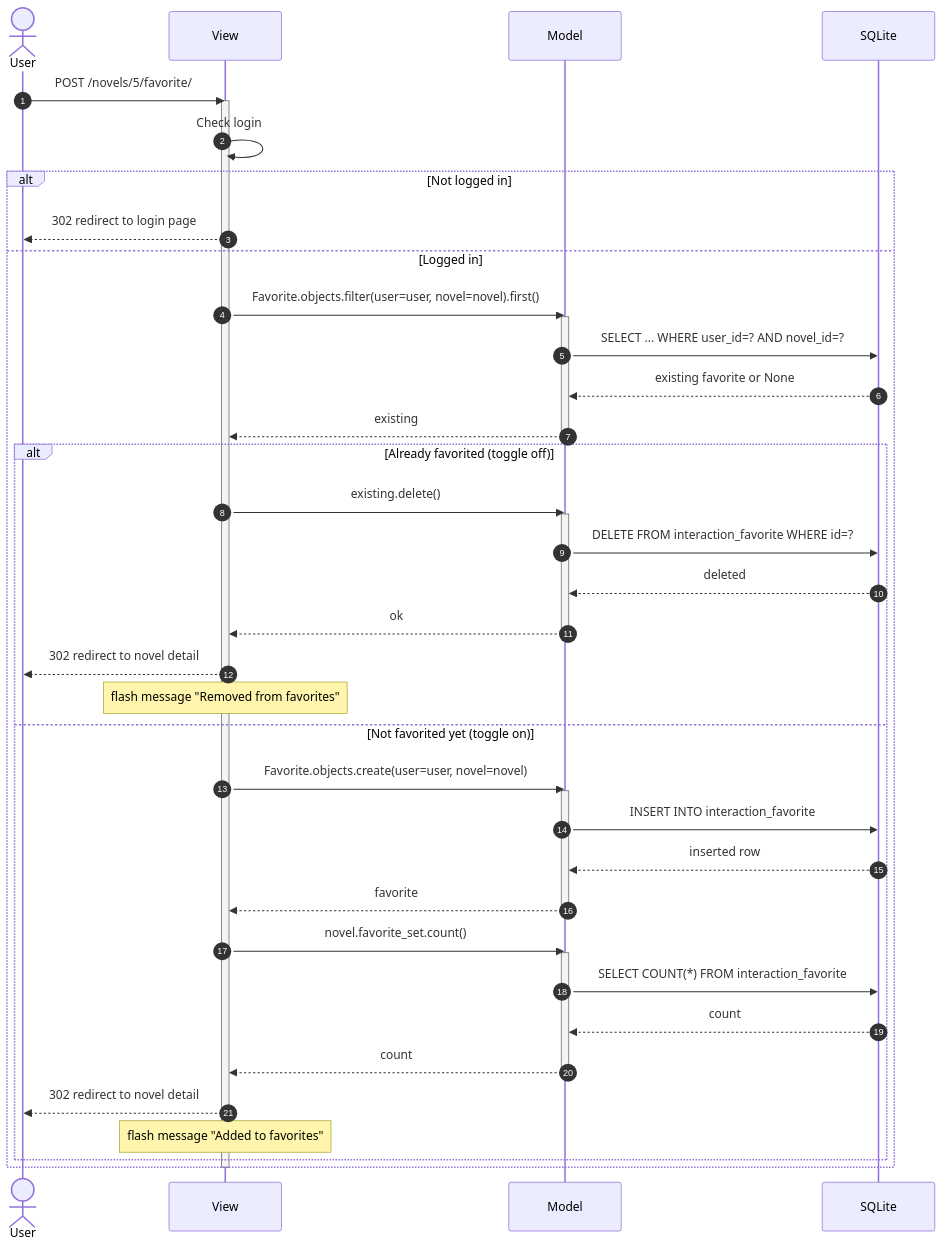
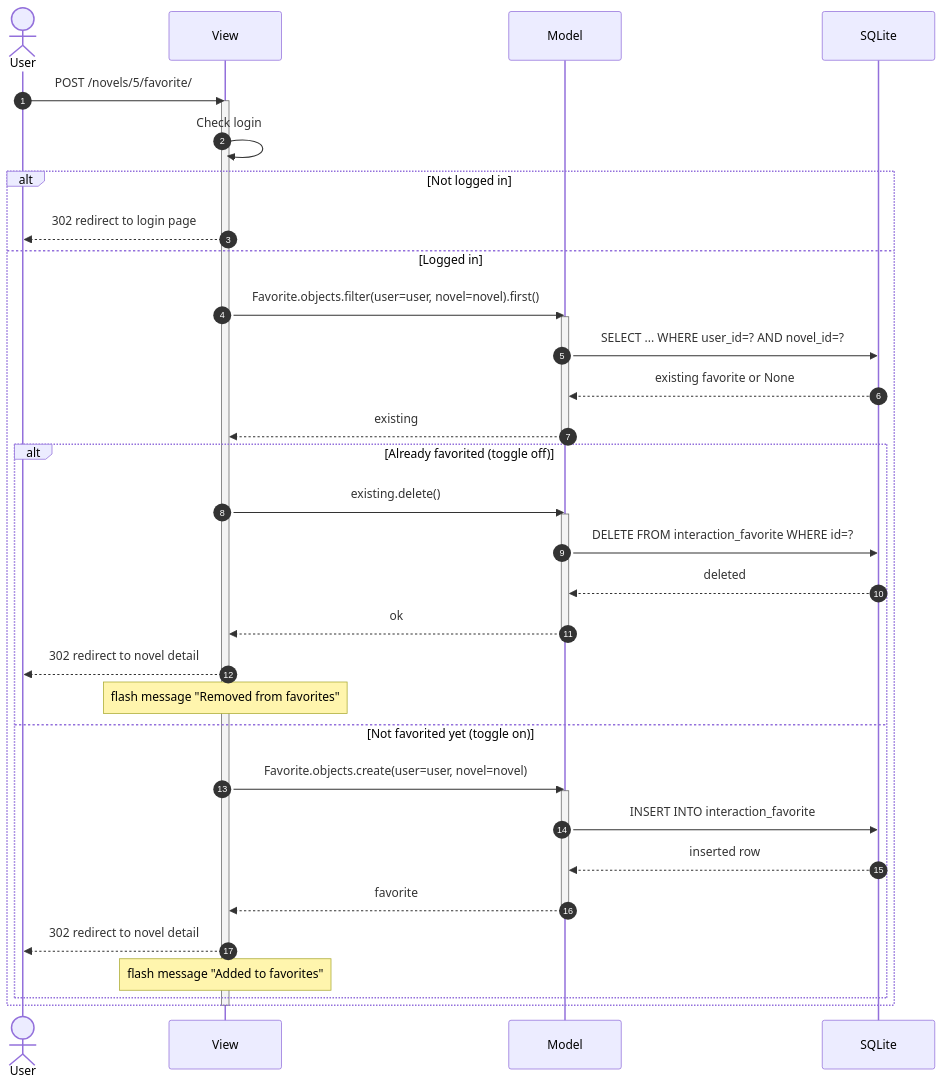
The first of 10 diagrams in docs/diagrams/04-sequence.md (StrikeAtZeroHour/cs3383-web-novel-platform), drawn with Mermaid before and after one commit. The commit also changed other lines of this file and 11 other files, not shown here.

First line of the commit message:
Fix diagram text corruption and align diagrams with code

````diff
--- a/docs/diagrams/04-sequence.md
+++ b/docs/diagrams/04-sequence.md
@@ -69,52 +69,45 @@
 ```mermaid
 sequenceDiagram
     autonumber
     actor User
     participant V as View
     participant M as Model
     participant DB as SQLite
 
     User->>V: POST /novels/5/favorite/
     activate V
     V->>V: Check login
 
     alt Not logged in
         V-->>User: 302 redirect to login page
     else Logged in
         V->>M: Favorite.objects.filter(user=user, novel=novel).first()
         activate M
         M->>DB: SELECT ... WHERE user_id=? AND novel_id=?
         DB-->>M: existing favorite or None
         M-->>V: existing
         deactivate M
 
         alt Already favorited (toggle off)
             V->>M: existing.delete()
             activate M
             M->>DB: DELETE FROM interaction_favorite WHERE id=?
             DB-->>M: deleted
             M-->>V: ok
             deactivate M
             V-->>User: 302 redirect to novel detail
             note over V: flash message "Removed from favorites"
         else Not favorited yet (toggle on)
             V->>M: Favorite.objects.create(user=user, novel=novel)
             activate M
             M->>DB: INSERT INTO interaction_favorite
             DB-->>M: inserted row
             M-->>V: favorite
             deactivate M
 
-            V->>M: novel.favorite_set.count()
-            activate M
-            M->>DB: SELECT COUNT(*) FROM interaction_favorite
-            DB-->>M: count
-            M-->>V: count
-            deactivate M
-
             V-->>User: 302 redirect to novel detail
             note over V: flash message "Added to favorites"
         end
     end
     deactivate V
 ```
````
